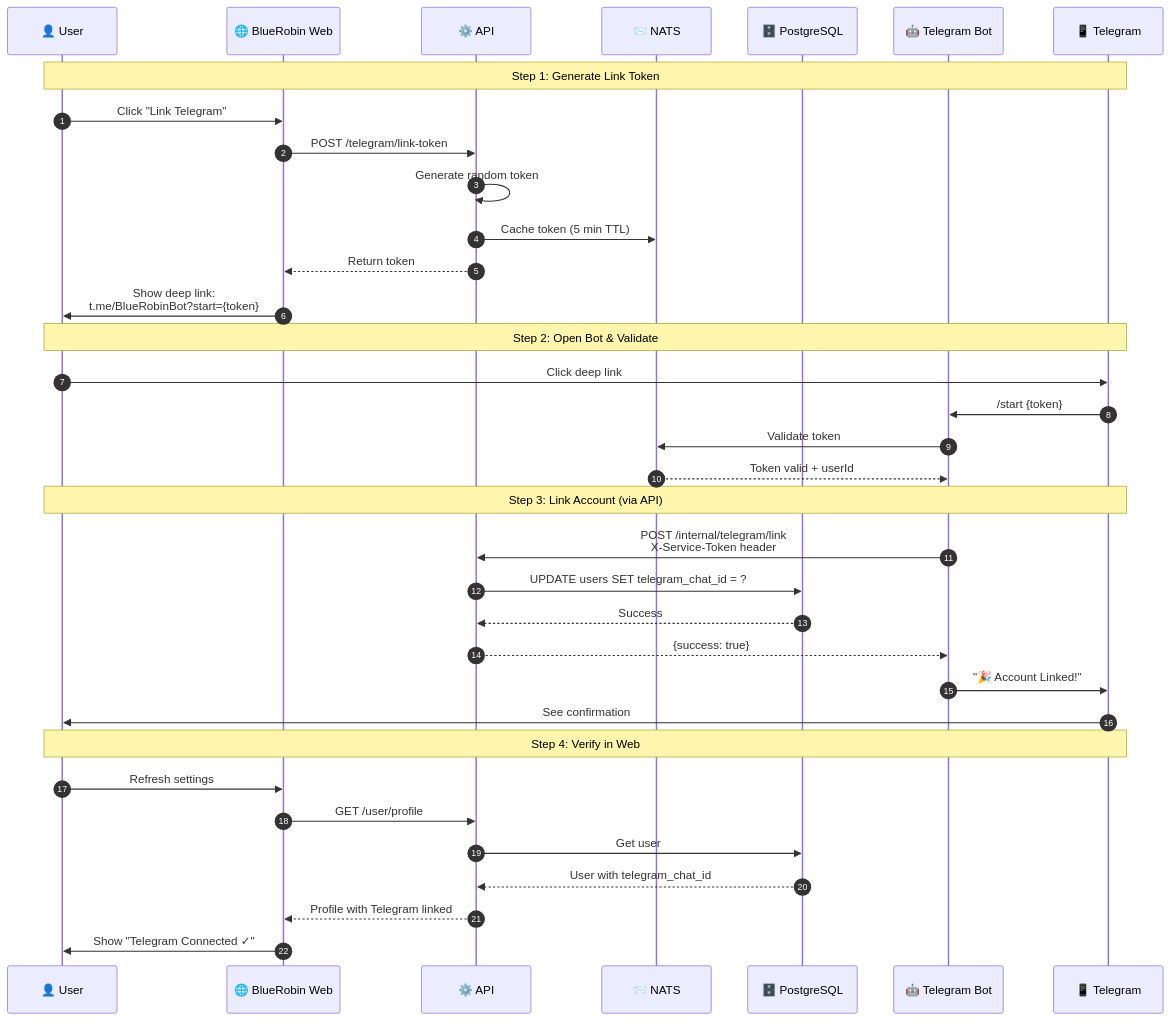
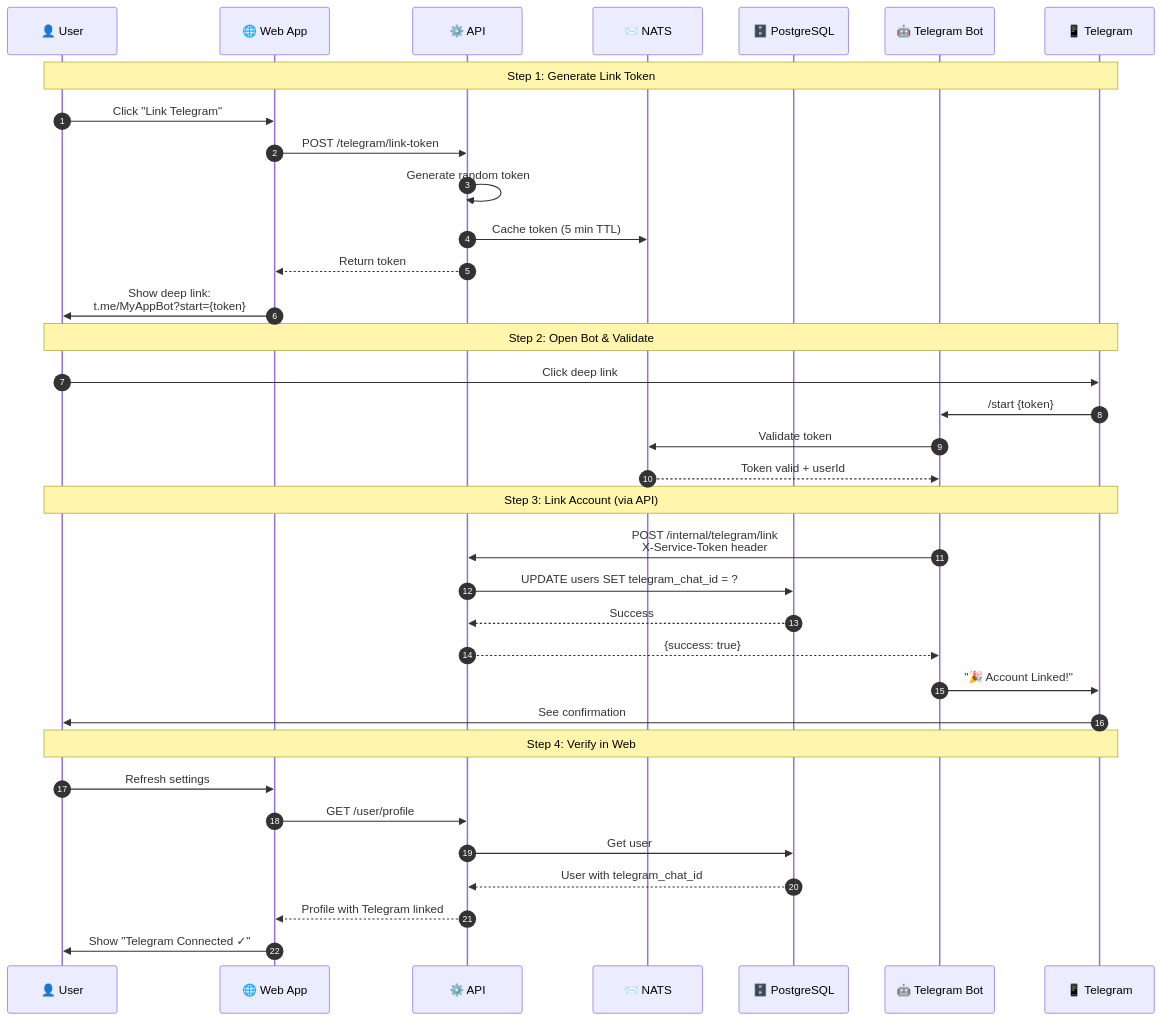
The second of 8 diagrams in src/content/blog/telegram-integration-architecture-diagrams.mdx (viktorrobin/bluerobin-blog), drawn with Mermaid before and after one commit. The commit also changed other lines of this file and 111 other files, not shown here.

````diff
--- a/src/content/blog/telegram-integration-architecture-diagrams.mdx
+++ b/src/content/blog/telegram-integration-architecture-diagrams.mdx
@@ -104,41 +105,41 @@
 ```mermaid
 sequenceDiagram
     autonumber
     participant U as 👤 User
-    participant Web as 🌐 BlueRobin Web
+    participant Web as 🌐 Web App
     participant API as ⚙️ API
     participant NATS as 📨 NATS
     participant DB as 🗄️ PostgreSQL
     participant Bot as 🤖 Telegram Bot
     participant TG as 📱 Telegram
     
     Note over U,TG: Step 1: Generate Link Token
     U->>Web: Click "Link Telegram"
     Web->>API: POST /telegram/link-token
     API->>API: Generate random token
     API->>NATS: Cache token (5 min TTL)
     API-->>Web: Return token
-    Web->>U: Show deep link:<br/>t.me/BlueRobinBot?start={token}
+    Web->>U: Show deep link:<br/>t.me/MyAppBot?start={token}
     
     Note over U,TG: Step 2: Open Bot & Validate
     U->>TG: Click deep link
     TG->>Bot: /start {token}
     Bot->>NATS: Validate token
     NATS-->>Bot: Token valid + userId
     
     Note over U,TG: Step 3: Link Account (via API)
     Bot->>API: POST /internal/telegram/link<br/>X-Service-Token header
     API->>DB: UPDATE users SET telegram_chat_id = ?
     DB-->>API: Success
     API-->>Bot: {success: true}
     Bot->>TG: "🎉 Account Linked!"
     TG->>U: See confirmation
     
     Note over U,TG: Step 4: Verify in Web
     U->>Web: Refresh settings
     Web->>API: GET /user/profile
     API->>DB: Get user
     DB-->>API: User with telegram_chat_id
     API-->>Web: Profile with Telegram linked
     Web->>U: Show "Telegram Connected ✓"
 ```
````
